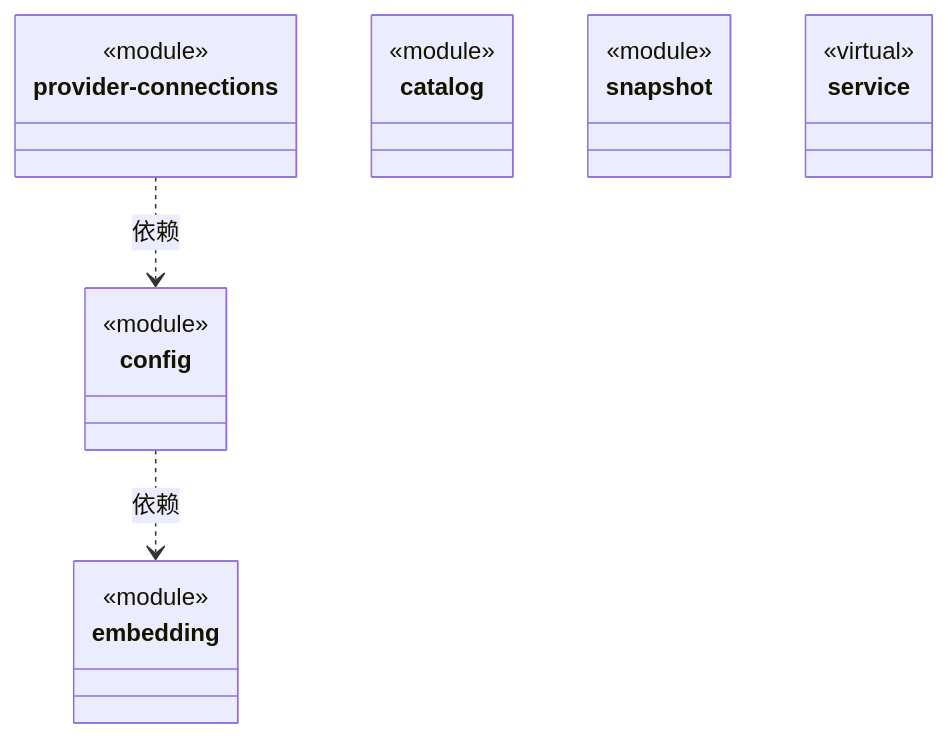
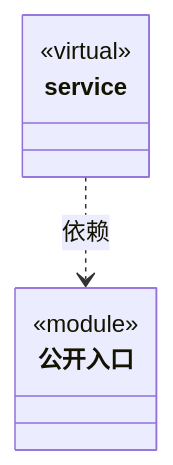
One commit to nan023062/cbim changed the diagram in src/logic/models/ARCHITECTURE.md. Above: the diagram before and after it, drawn with Mermaid. The commit also changed other lines of this file and 36 other files, not shown here.

````diff
--- a/src/logic/models/ARCHITECTURE.md
+++ b/src/logic/models/ARCHITECTURE.md
@@ -31,29 +21,12 @@
 ```mermaid
 classDiagram
-class N_dfecdc77d3f1["config"] {
+class N_8ac456a485c9["公开入口"] {
   <<module>>
 }
-click N_dfecdc77d3f1 href "config.ts"
-class N_efd3c8d1424b["embedding"] {
-  <<module>>
-}
-click N_efd3c8d1424b href "embedding.ts"
-class N_03600e393450["provider-connections"] {
-  <<module>>
-}
-click N_03600e393450 href "provider-connections.ts"
-class N_92e95bdb9072["catalog"] {
-  <<module>>
-}
-click N_92e95bdb9072 href "catalog.ts"
-class N_04dcf32df65b["snapshot"] {
-  <<module>>
-}
-click N_04dcf32df65b href "snapshot.ts"
+click N_8ac456a485c9 href "index.ts"
 class N_3da65b7589f4["service"] {
   <<virtual>>
 }
 click N_3da65b7589f4 href "service/ARCHITECTURE.md"
-N_dfecdc77d3f1 ..> N_efd3c8d1424b : 依赖
-N_03600e393450 ..> N_dfecdc77d3f1 : 依赖
+N_3da65b7589f4 ..> N_8ac456a485c9 : 依赖
 ```
````
